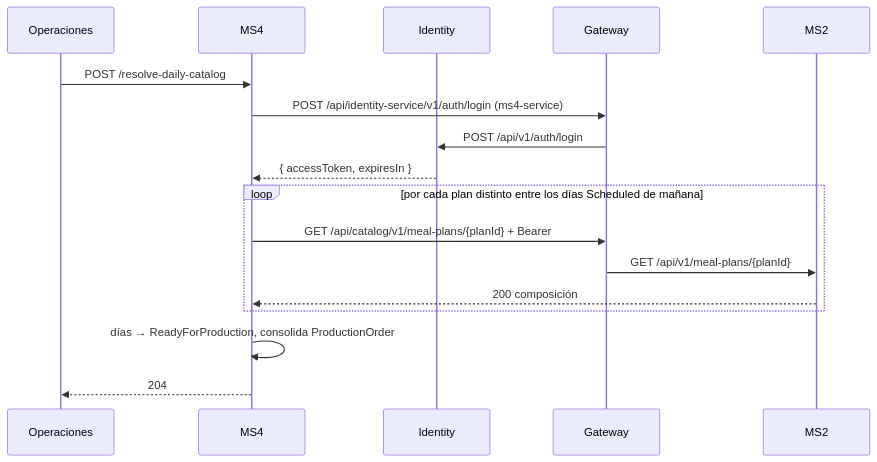
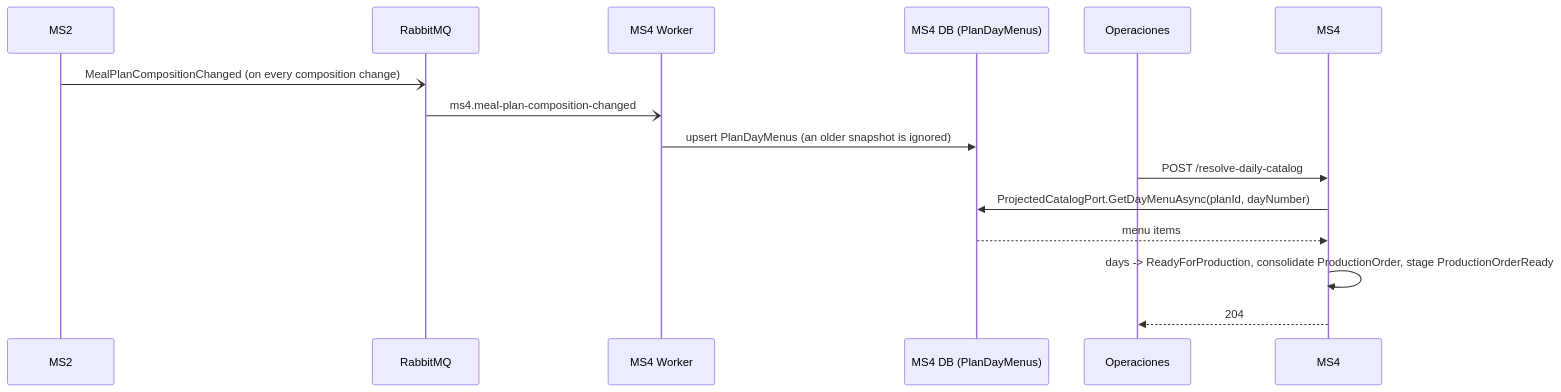
The diagram in services/ms4-delivery-calendar/integrations.md (Nur-tricenter/knowledge), drawn with Mermaid before and after one commit. The commit also changed other lines of this file and 43 other files, not shown here.

````diff
--- a/services/ms4-delivery-calendar/integrations.md
+++ b/services/ms4-delivery-calendar/integrations.md
@@ -32,19 +21,17 @@
 ```mermaid
 sequenceDiagram
+  participant MS2
+  participant MQ as RabbitMQ
+  participant W as MS4 Worker
+  participant DB as MS4 DB (PlanDayMenus)
   participant OPS as Operaciones
   participant MS4
-  participant ID as Identity
-  participant GW as Gateway
-  participant MS2
+  MS2-)MQ: MealPlanCompositionChanged (on every composition change)
+  MQ-)W: ms4.meal-plan-composition-changed
+  W->>DB: upsert PlanDayMenus (an older snapshot is ignored)
   OPS->>MS4: POST /resolve-daily-catalog
-  MS4->>GW: POST /api/identity-service/v1/auth/login (ms4-service)
-  GW->>ID: POST /api/v1/auth/login
-  ID-->>MS4: { accessToken, expiresIn }
-  loop por cada plan distinto entre los días Scheduled de mañana
-    MS4->>GW: GET /api/catalog/v1/meal-plans/{planId} + Bearer
-    GW->>MS2: GET /api/v1/meal-plans/{planId}
-    MS2-->>MS4: 200 composición
-  end
-  MS4->>MS4: días → ReadyForProduction, consolida ProductionOrder
+  MS4->>DB: ProjectedCatalogPort.GetDayMenuAsync(planId, dayNumber)
+  DB-->>MS4: menu items
+  MS4->>MS4: days -> ReadyForProduction, consolidate ProductionOrder, stage ProductionOrderReady
   MS4-->>OPS: 204
 ```
````
